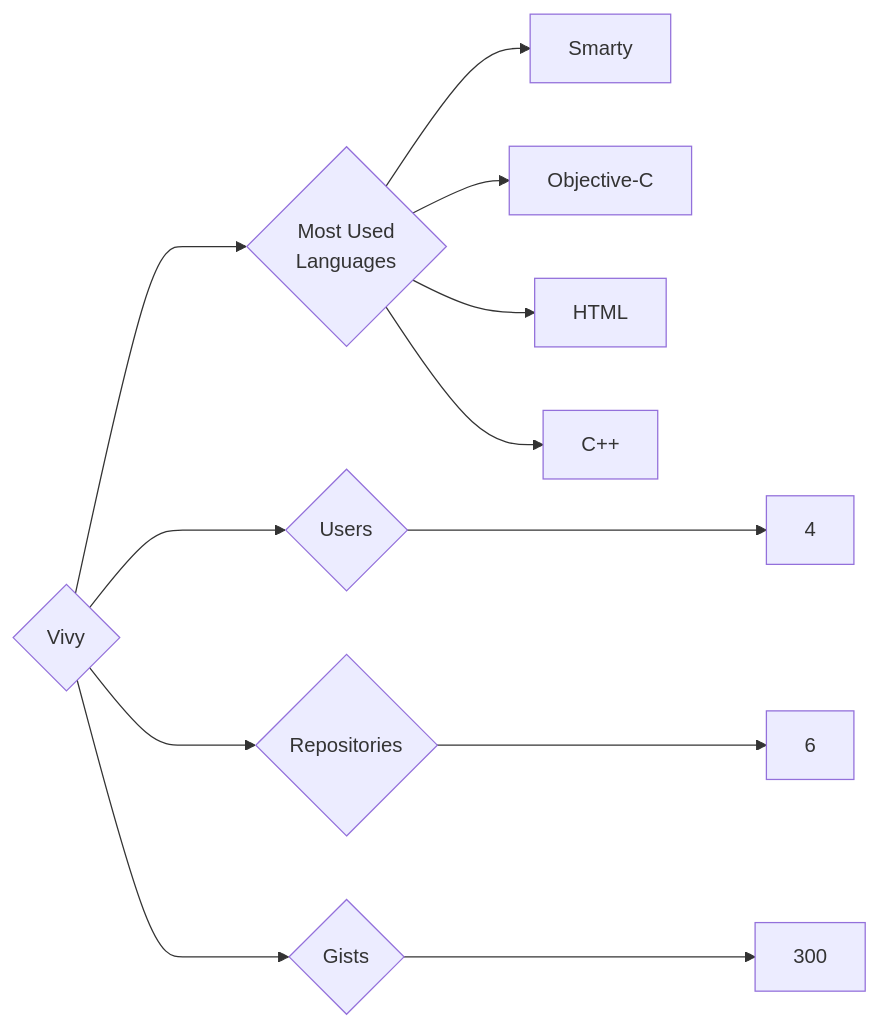
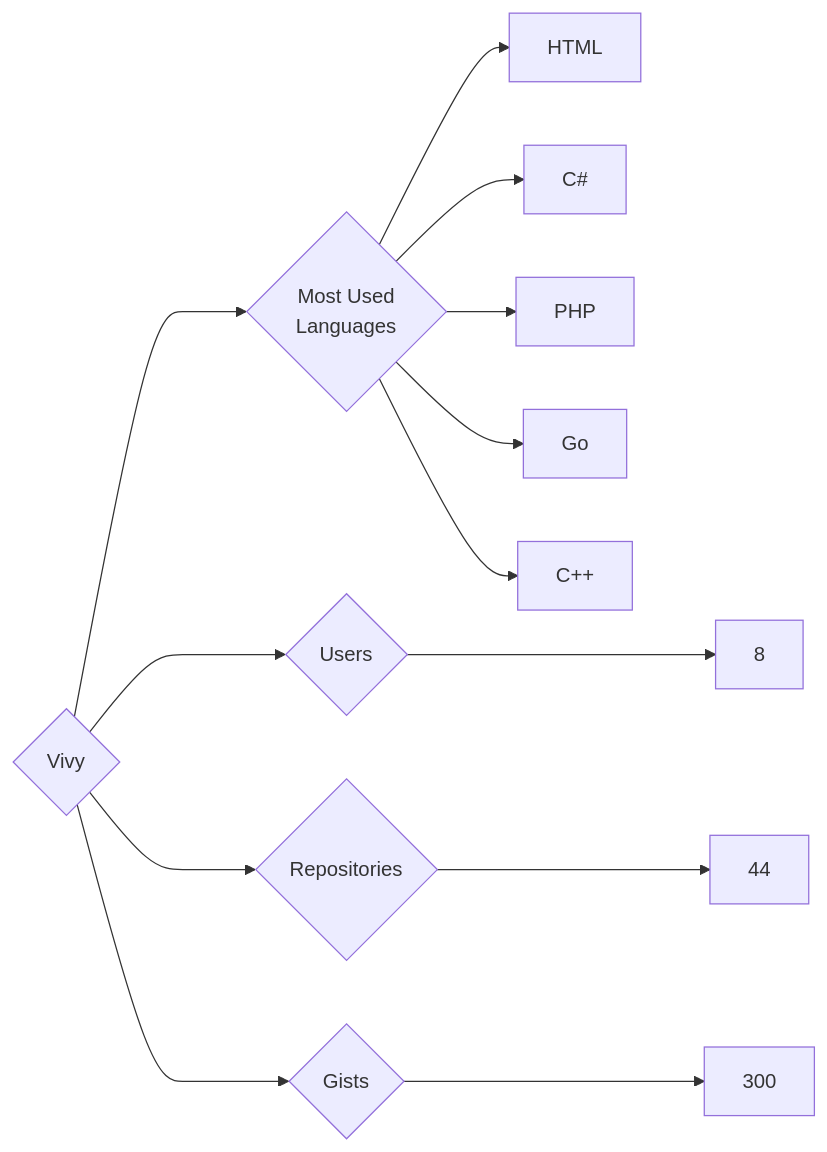
Before and after one commit to trickest/insiders: the diagram in targets/Vivy/README.md, drawn with Mermaid. The commit also changed 823 other files, not shown here.

````diff
--- a/targets/Vivy/README.md
+++ b/targets/Vivy/README.md
@@ -3,12 +3,13 @@
 ```mermaid
 graph LR
 COMPANY_NAME{Vivy}
-COMPANY_NAME ---> U{Users} ---> UN[4]
-COMPANY_NAME ---> R{Repositories} ---> RN[6]
+COMPANY_NAME ---> U{Users} ---> UN[8]
+COMPANY_NAME ---> R{Repositories} ---> RN[44]
 COMPANY_NAME ---> G{Gists} ---> GN[300]
 COMPANY_NAME ---> ML{Most Used<br>Languages}
-ML --> Smarty[Smarty]
-ML --> Objective-C[Objective-C]
 ML --> HTML[HTML]
+ML --> C#[C#]
+ML --> PHP[PHP]
+ML --> Go[Go]
 ML --> C++[C++]
 ```
````
